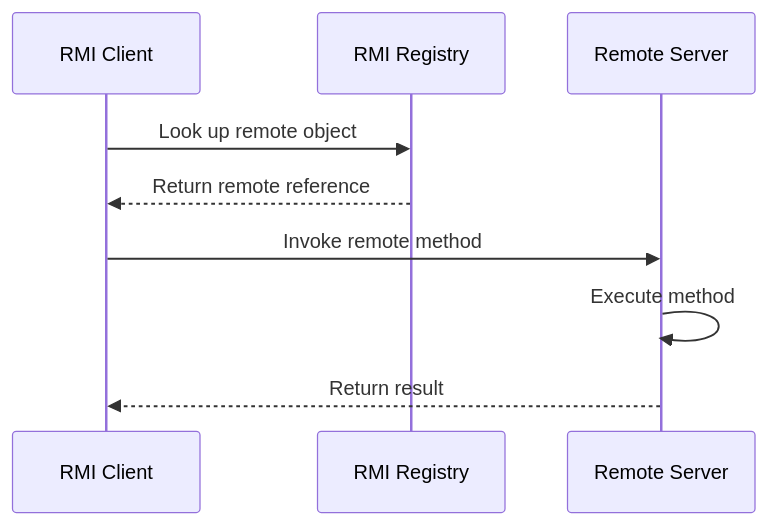
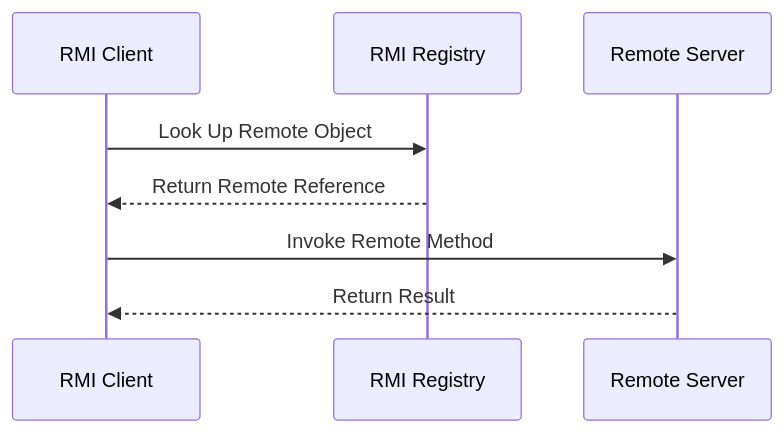
Before and after one commit to khushiag07/Java_Project: the sixth of 7 diagrams in README.md, drawn with Mermaid. The commit also changed other lines of this file, not shown here.

````diff
--- a/README.md
+++ b/README.md
@@ -224,12 +140,10 @@
 ```mermaid
 sequenceDiagram
     participant C as RMI Client
     participant R as RMI Registry
     participant S as Remote Server
-
-    C->>R: Look up remote object
-    R-->>C: Return remote reference
-    C->>S: Invoke remote method
-    S->>S: Execute method
-    S-->>C: Return result
+    C->>R: Look Up Remote Object
+    R-->>C: Return Remote Reference
+    C->>S: Invoke Remote Method
+    S-->>C: Return Result
 ```
````
